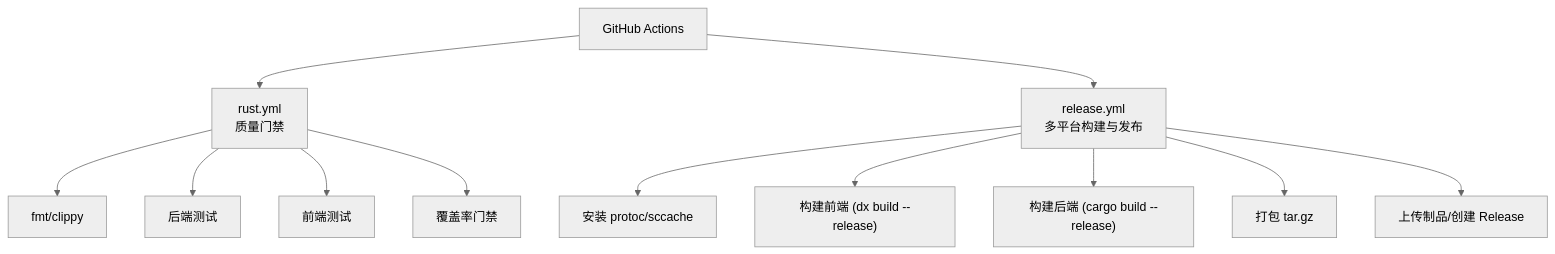
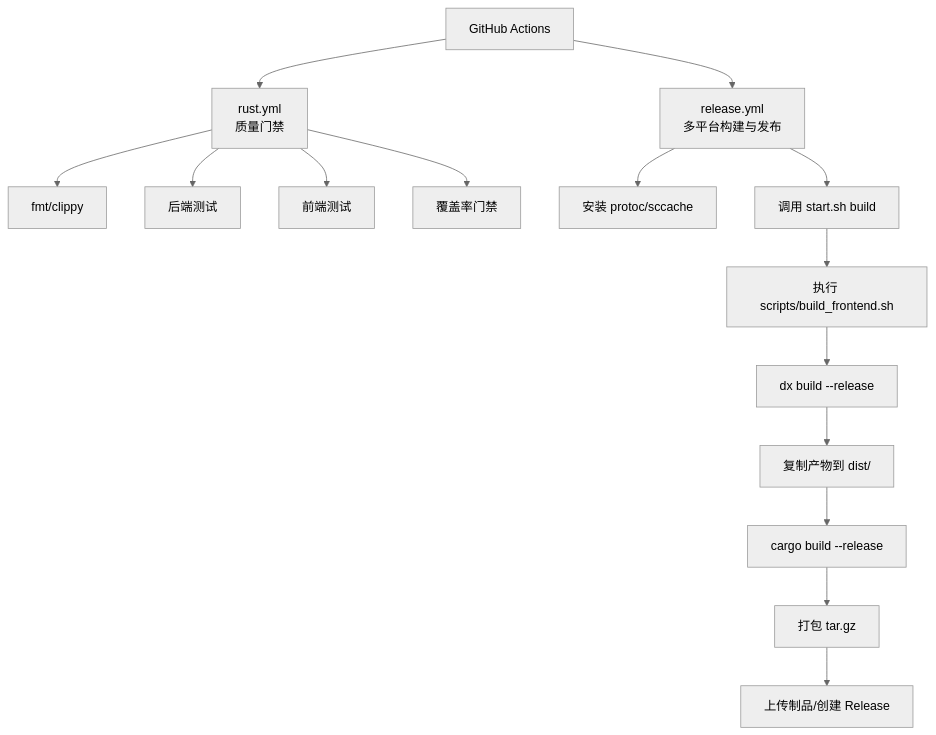
Before and after one commit to runningcoders/ai_orz: the first of 7 diagrams in .qoder/repowiki/zh/content/基础设施/持续集成与发布工作流.md, drawn with Mermaid (neutral theme). The commit also changed other lines of this file and 133 other files, not shown here.

````diff
--- a/.qoder/repowiki/zh/content/基础设施/持续集成与发布工作流.md
+++ b/.qoder/repowiki/zh/content/基础设施/持续集成与发布工作流.md
@@ -45,14 +56,17 @@
 ```mermaid
 graph TB
 A["GitHub Actions"] --> B["rust.yml<br/>质量门禁"]
 A --> C["release.yml<br/>多平台构建与发布"]
 B --> D["fmt/clippy"]
 B --> E["后端测试"]
 B --> F["前端测试"]
 B --> G["覆盖率门禁"]
 C --> H["安装 protoc/sccache"]
-C --> I["构建前端 (dx build --release)"]
-C --> J["构建后端 (cargo build --release)"]
-C --> K["打包 tar.gz"]
-C --> L["上传制品/创建 Release"]
+C --> I["调用 start.sh build"]
+I --> J["执行 scripts/build_frontend.sh"]
+J --> K["dx build --release"]
+K --> L["复制产物到 dist/"]
+L --> M["cargo build --release"]
+M --> N["打包 tar.gz"]
+N --> O["上传制品/创建 Release"]
 ```
````
